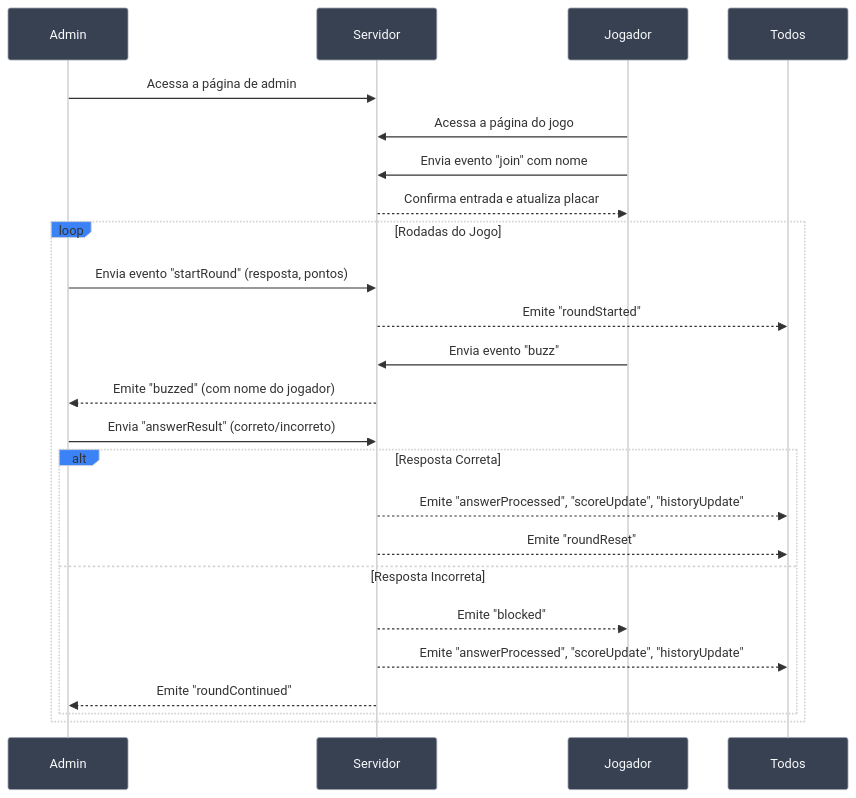
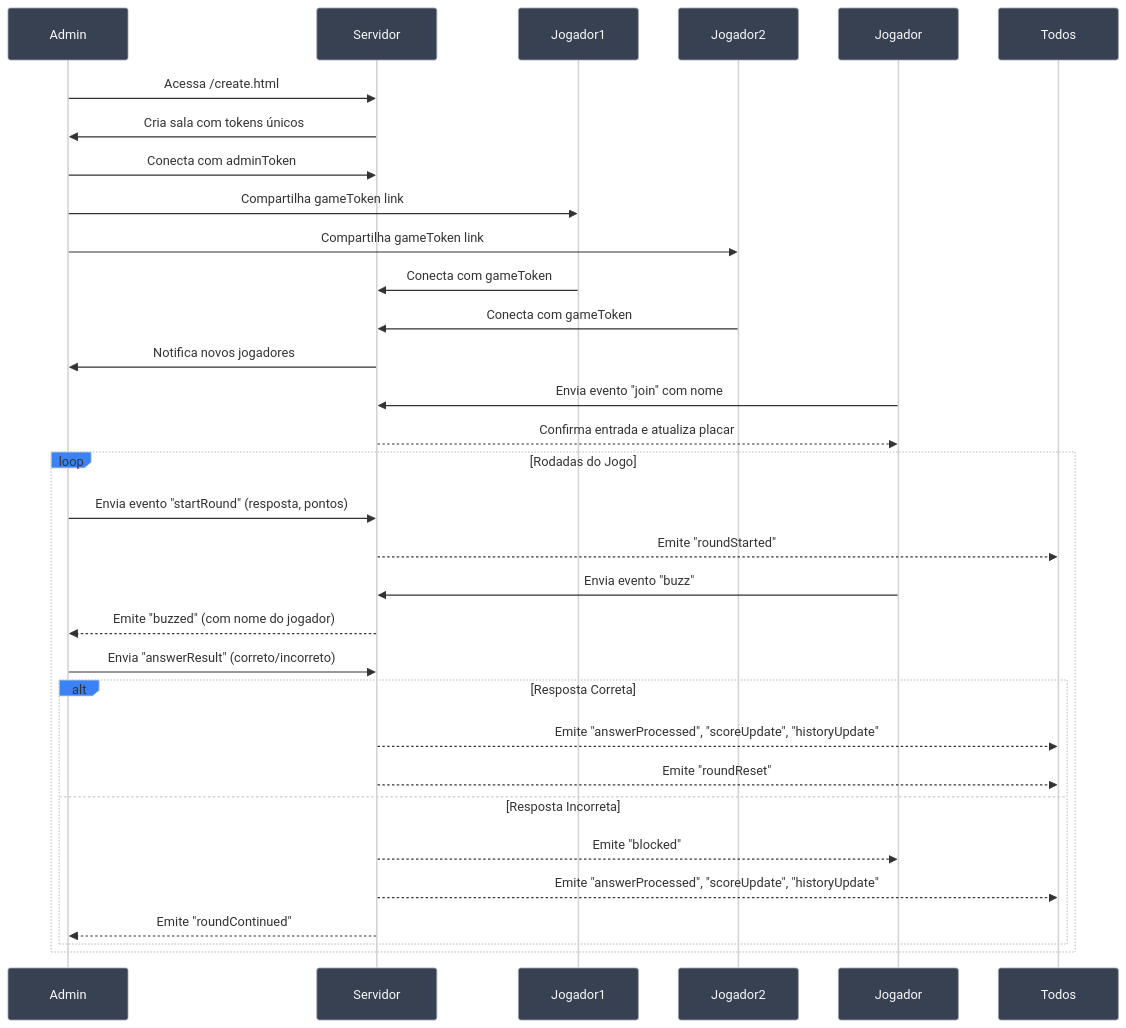
Before and after one commit to alexandremendoncaalvaro/buzz-game: the first of 2 diagrams in README.md, drawn with Mermaid. The commit also changed other lines of this file and 4 other files, not shown here.

First line of the commit message:
feat: Implement game creation and admin/player linking

````diff
--- a/README.md
+++ b/README.md
@@ -69,45 +110,53 @@
 ```mermaid
 %%{init: {
   'theme': 'neutral',
   'themeVariables': {
     'primaryColor': '#3b82f6',
     'primaryTextColor': '#ffffff',
     'primaryBorderColor': '#1e40af',
     'lineColor': '#6b7280',
     'secondaryColor': '#10b981',
     'tertiaryColor': '#8b5cf6',
     'background': 'transparent',
     'mainBkg': '#3b82f6',
     'secondBkg': '#10b981',
     'tertiaryBkg': '#8b5cf6',
     'actorBkg': '#374151',
     'actorBorder': '#9ca3af',
     'actorTextColor': '#f9fafb'
   }
 }}%%
 sequenceDiagram
     participant Admin
     participant Servidor
-    participant Jogador
+    participant Jogador1
+    participant Jogador2
 
-    Admin->>Servidor: Acessa a página de admin
-    Jogador->>Servidor: Acessa a página do jogo
+    Admin->>Servidor: Acessa /create.html
+    Servidor->>Admin: Cria sala com tokens únicos
+    Admin->>Servidor: Conecta com adminToken
+    Admin->>Jogador1: Compartilha gameToken link
+    Admin->>Jogador2: Compartilha gameToken link
+
+    Jogador1->>Servidor: Conecta com gameToken
+    Jogador2->>Servidor: Conecta com gameToken
+    Servidor->>Admin: Notifica novos jogadores
     Jogador->>Servidor: Envia evento "join" com nome
     Servidor-->>Jogador: Confirma entrada e atualiza placar
 
     loop Rodadas do Jogo
         Admin->>Servidor: Envia evento "startRound" (resposta, pontos)
         Servidor-->>Todos: Emite "roundStarted"
         Jogador->>Servidor: Envia evento "buzz"
         Servidor-->>Admin: Emite "buzzed" (com nome do jogador)
         Admin->>Servidor: Envia "answerResult" (correto/incorreto)
         alt Resposta Correta
             Servidor-->>Todos: Emite "answerProcessed", "scoreUpdate", "historyUpdate"
             Servidor-->>Todos: Emite "roundReset"
         else Resposta Incorreta
             Servidor-->>Jogador: Emite "blocked"
             Servidor-->>Todos: Emite "answerProcessed", "scoreUpdate", "historyUpdate"
             Servidor-->>Admin: Emite "roundContinued"
         end
     end
 ```
````
